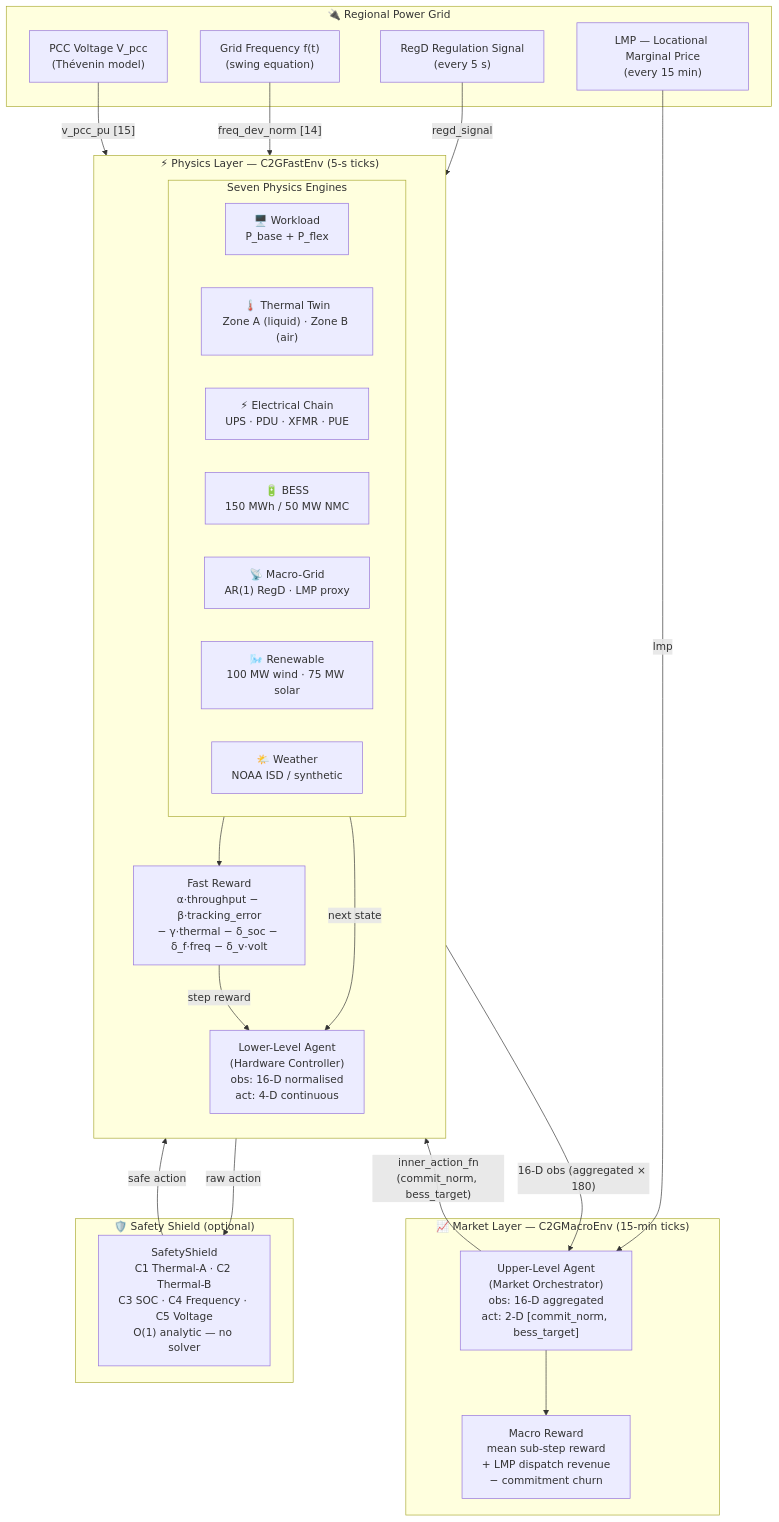
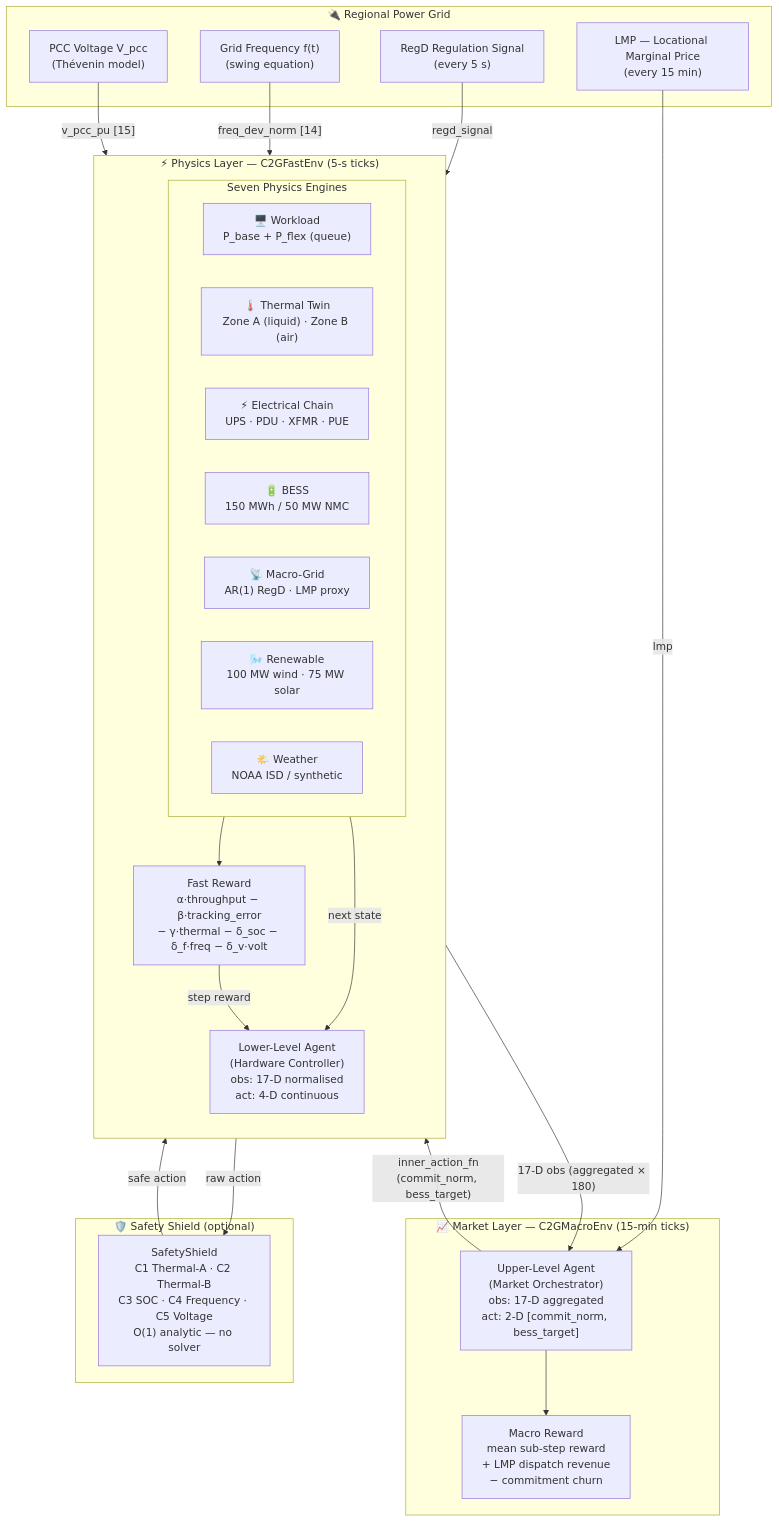
One commit to HewlettPackard/c2g-bench changed the second of 9 diagrams in README.md. Above: the diagram before and after it, drawn with Mermaid. The commit also changed other lines of this file, not shown here.

First line of the commit message:
docs: sync all diagrams and prose to 17-D obs / queue model

````diff
--- a/README.md
+++ b/README.md
@@ -217,49 +217,49 @@
 ```mermaid
 flowchart TD
     subgraph GRID["🔌 Regional Power Grid"]
         G1["RegD Regulation Signal\n(every 5 s)"]
         G2["LMP — Locational Marginal Price\n(every 15 min)"]
         G3["Grid Frequency f(t)\n(swing equation)"]
         G4["PCC Voltage V_pcc\n(Thévenin model)"]
     end
 
     subgraph MARKET["📈 Market Layer — C2GMacroEnv (15-min ticks)"]
-        MA["Upper-Level Agent\n(Market Orchestrator)\nobs: 16-D aggregated\nact: 2-D [commit_norm, bess_target]"]
+        MA["Upper-Level Agent\n(Market Orchestrator)\nobs: 17-D aggregated\nact: 2-D [commit_norm, bess_target]"]
         MR["Macro Reward\nmean sub-step reward\n+ LMP dispatch revenue\n− commitment churn"]
     end
 
     subgraph FAST["⚡ Physics Layer — C2GFastEnv (5-s ticks)"]
         direction TB
-        FA["Lower-Level Agent\n(Hardware Controller)\nobs: 16-D normalised\nact: 4-D continuous"]
+        FA["Lower-Level Agent\n(Hardware Controller)\nobs: 17-D normalised\nact: 4-D continuous"]
 
         subgraph SIM["Seven Physics Engines"]
-            S1["🖥️ Workload\nP_base + P_flex"]
+            S1["🖥️ Workload\nP_base + P_flex (queue)"]
             S2["🌡️ Thermal Twin\nZone A (liquid) · Zone B (air)"]
             S3["⚡ Electrical Chain\nUPS · PDU · XFMR · PUE"]
             S4["🔋 BESS\n150 MWh / 50 MW NMC"]
             S5["📡 Macro-Grid\nAR(1) RegD · LMP proxy"]
             S6["🌬️ Renewable\n100 MW wind · 75 MW solar"]
             S7["🌤️ Weather\nNOAA ISD / synthetic"]
         end
 
         FR["Fast Reward\nα·throughput − β·tracking_error\n− γ·thermal − δ_soc − δ_f·freq − δ_v·volt"]
     end
 
     subgraph SAFETY["🛡️ Safety Shield (optional)"]
         SH["SafetyShield\nC1 Thermal-A · C2 Thermal-B\nC3 SOC · C4 Frequency · C5 Voltage\nO(1) analytic — no solver"]
     end
 
     G1 -->|"regd_signal"| FA
     G2 -->|"lmp"| MA
     G3 -->|"freq_dev_norm [14]"| FA
     G4 -->|"v_pcc_pu [15]"| FA
 
     MA -->|"inner_action_fn\n(commit_norm, bess_target)"| FA
     FA -->|"raw action"| SH
     SH -->|"safe action"| SIM
     SIM -->|"next state"| FA
     SIM --> FR
     FR -->|"step reward"| FA
-    FA -->|"16-D obs (aggregated × 180)"| MA
+    FA -->|"17-D obs (aggregated × 180)"| MA
     MA --> MR
 ```
````
